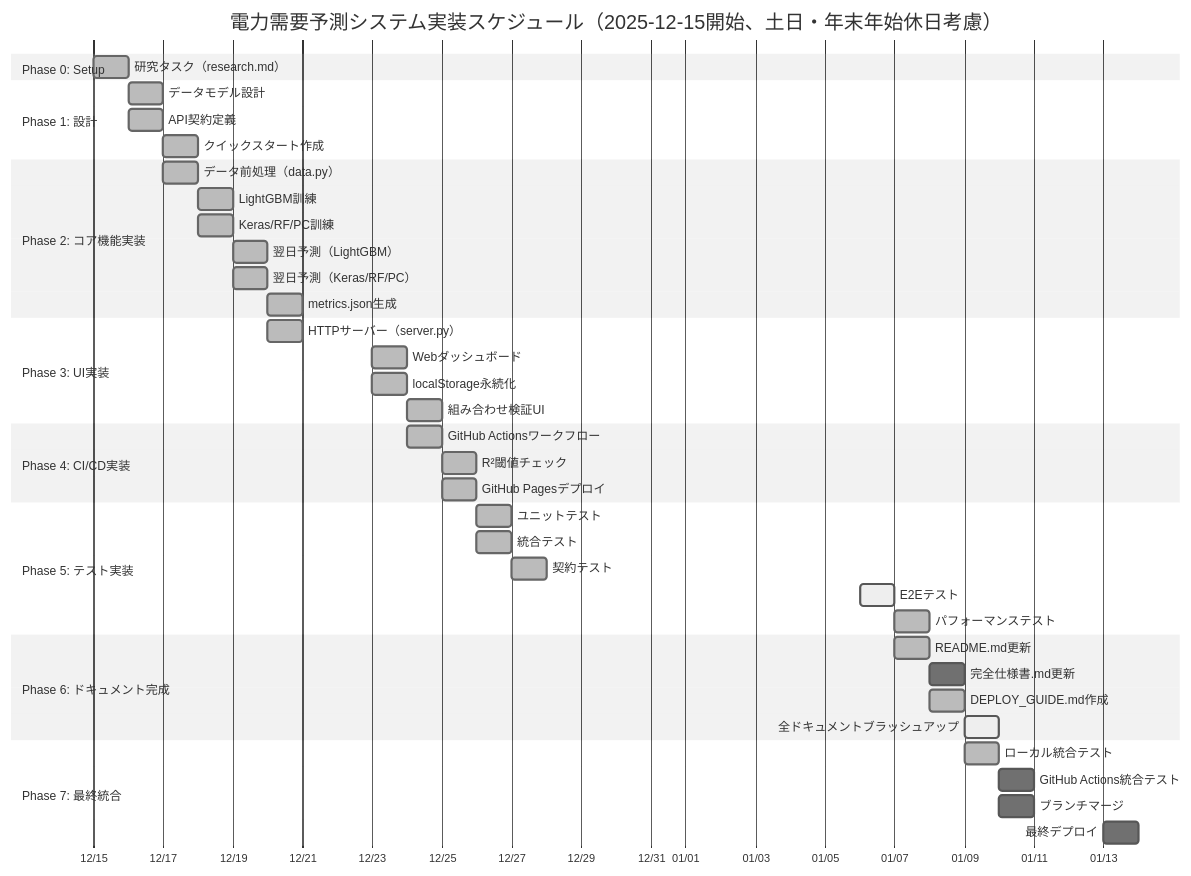
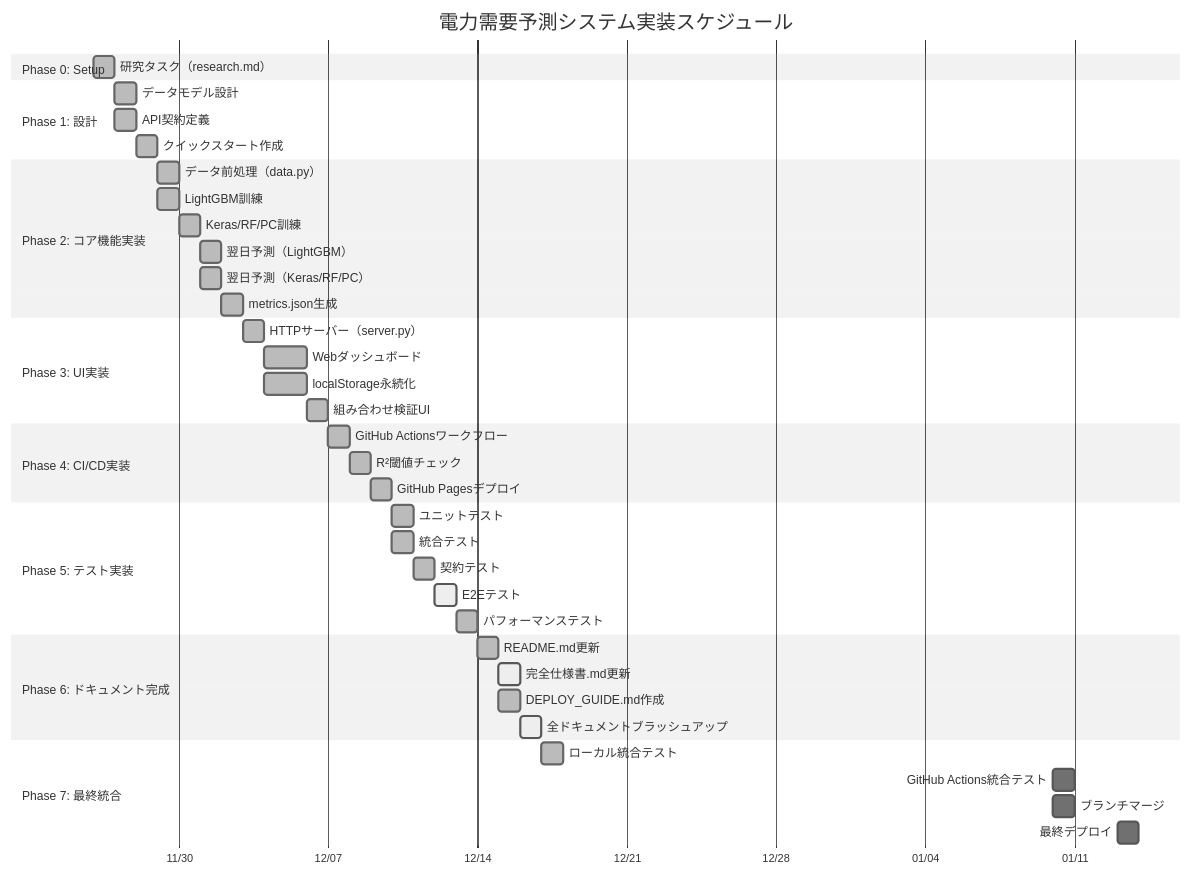
One commit to J1921604/Power-Demand-Forecast changed the diagram in specs/001-Power-Demand-Forecast/tasks.md. Above: the diagram before and after it, drawn with Mermaid (neutral theme). The commit also changed other lines of this file and 5 other files, not shown here.

````diff
--- a/specs/001-Power-Demand-Forecast/tasks.md
+++ b/specs/001-Power-Demand-Forecast/tasks.md
@@ -13,52 +16,52 @@
 ```mermaid
 gantt
-    title 電力需要予測システム実装スケジュール（2025-12-15開始、土日・年末年始休日考慮）
+    title 電力需要予測システム実装スケジュール
     dateFormat YYYY-MM-DD
     axisFormat %m/%d
-    
+  
     section Phase 0: Setup
-    研究タスク（research.md）           :done, p0, 2025-12-15, 1d
-    
+    研究タスク（research.md）           :done, p0, 2025-11-26, 1d
+  
     section Phase 1: 設計
-    データモデル設計                    :done, p1_1, 2025-12-16, 1d
-    API契約定義                         :done, p1_2, 2025-12-16, 1d
-    クイックスタート作成                :done, p1_3, 2025-12-17, 1d
-    
+    データモデル設計                    :done, p1_1, after p0, 1d
+    API契約定義                         :done, p1_2, after p0, 1d
+    クイックスタート作成                :done, p1_3, after p1_2, 1d
+  
     section Phase 2: コア機能実装
-    データ前処理（data.py）             :done, p2_1, 2025-12-17, 1d
-    LightGBM訓練                        :done, p2_2, 2025-12-18, 1d
-    Keras/RF/PC訓練                     :done, p2_3, 2025-12-18, 1d
-    翌日予測（LightGBM）                :done, p2_4, 2025-12-19, 1d
-    翌日予測（Keras/RF/PC）             :done, p2_5, 2025-12-19, 1d
-    metrics.json生成                    :done, p2_6, 2025-12-20, 1d
-    
+    データ前処理（data.py）             :done, p2_1, after p1_3, 1d
+    LightGBM訓練                        :done, p2_2, after p1_3, 1d
+    Keras/RF/PC訓練                     :done, p2_3, after p2_2, 1d
+    翌日予測（LightGBM）                :done, p2_4, after p2_3, 1d
+    翌日予測（Keras/RF/PC）             :done, p2_5, after p2_3, 1d
+    metrics.json生成                    :done, p2_6, after p2_5, 1d
+  
     section Phase 3: UI実装
-    HTTPサーバー（server.py）           :done, p3_1, 2025-12-20, 1d
-    Webダッシュボード                   :done, p3_2, 2025-12-23, 1d
-    localStorage永続化                  :done, p3_3, 2025-12-23, 1d
-    組み合わせ検証UI                    :done, p3_4, 2025-12-24, 1d
-    
+    HTTPサーバー（server.py）           :done, p3_1, after p2_6, 1d
+    Webダッシュボード                   :done, p3_2, after p3_1, 2d
+    localStorage永続化                  :done, p3_3, after p3_1, 2d
+    組み合わせ検証UI                    :done, p3_4, after p3_3, 1d
+  
     section Phase 4: CI/CD実装
-    GitHub Actionsワークフロー           :done, p4_1, 2025-12-24, 1d
-    R²閾値チェック                      :done, p4_2, 2025-12-25, 1d
-    GitHub Pagesデプロイ                 :done, p4_3, 2025-12-25, 1d
-    
+    GitHub Actionsワークフロー           :done, p4_1, after p3_4, 1d
+    R²閾値チェック                      :done, p4_2, after p4_1, 1d
+    GitHub Pagesデプロイ                 :done, p4_3, after p4_2, 1d
+  
     section Phase 5: テスト実装
-    ユニットテスト                      :done, p5_1, 2025-12-26, 1d
-    統合テスト                          :done, p5_2, 2025-12-26, 1d
-    契約テスト                          :done, p5_3, 2025-12-27, 1d
-    E2Eテスト                           :active, p5_4, 2026-01-06, 1d
-    パフォーマンステスト                :done, p5_5, 2026-01-07, 1d
-    
+    ユニットテスト                      :done, p5_1, after p4_3, 1d
+    統合テスト                          :done, p5_2, after p4_3, 1d
+    契約テスト                          :done, p5_3, after p5_2, 1d
+    E2Eテスト                           :active, p5_4, after p5_3, 1d
+    パフォーマンステスト                :done, p5_5, after p5_4, 1d
+  
     section Phase 6: ドキュメント完成
-    README.md更新                       :done, p6_1, 2026-01-07, 1d
-    完全仕様書.md更新                   :p6_2, 2026-01-08, 1d
-    DEPLOY_GUIDE.md作成                 :done, p6_3, 2026-01-08, 1d
-    全ドキュメントブラッシュアップ      :active, p6_4, 2026-01-09, 1d
-    
+    README.md更新                       :done, p6_1, after p5_5, 1d
+    完全仕様書.md更新                   :active, p6_2, after p6_1, 1d
+    DEPLOY_GUIDE.md作成                 :done, p6_3, after p6_1, 1d
+    全ドキュメントブラッシュアップ      :active, p6_4, after p6_3, 1d
+  
     section Phase 7: 最終統合
-    ローカル統合テスト                  :done, p7_1, 2026-01-09, 1d
+    ローカル統合テスト                  :done, p7_1, after p6_4, 1d
     GitHub Actions統合テスト             :p7_2, 2026-01-10, 1d
     ブランチマージ                      :p7_3, 2026-01-10, 1d
     最終デプロイ                        :p7_4, 2026-01-13, 1d
 ```
````
